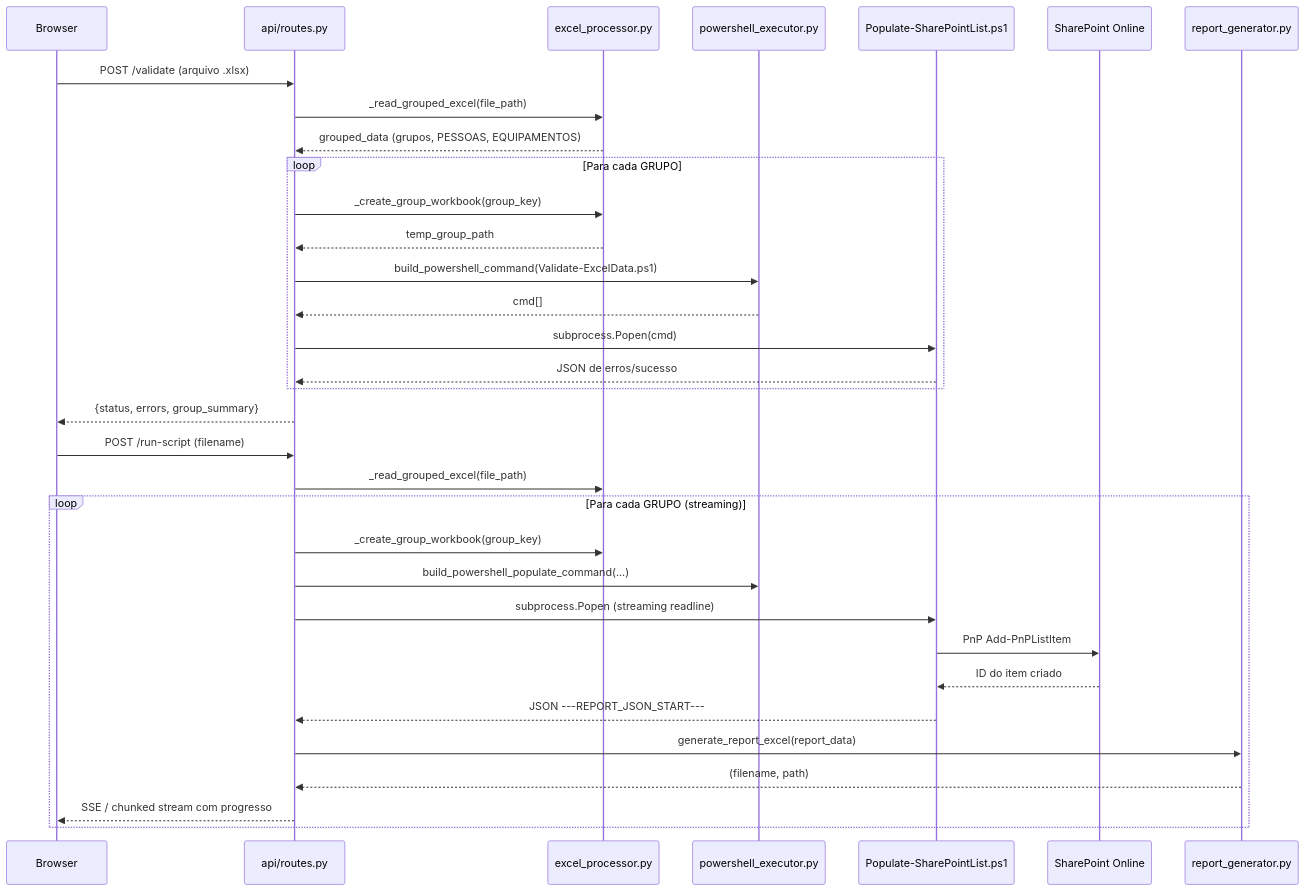
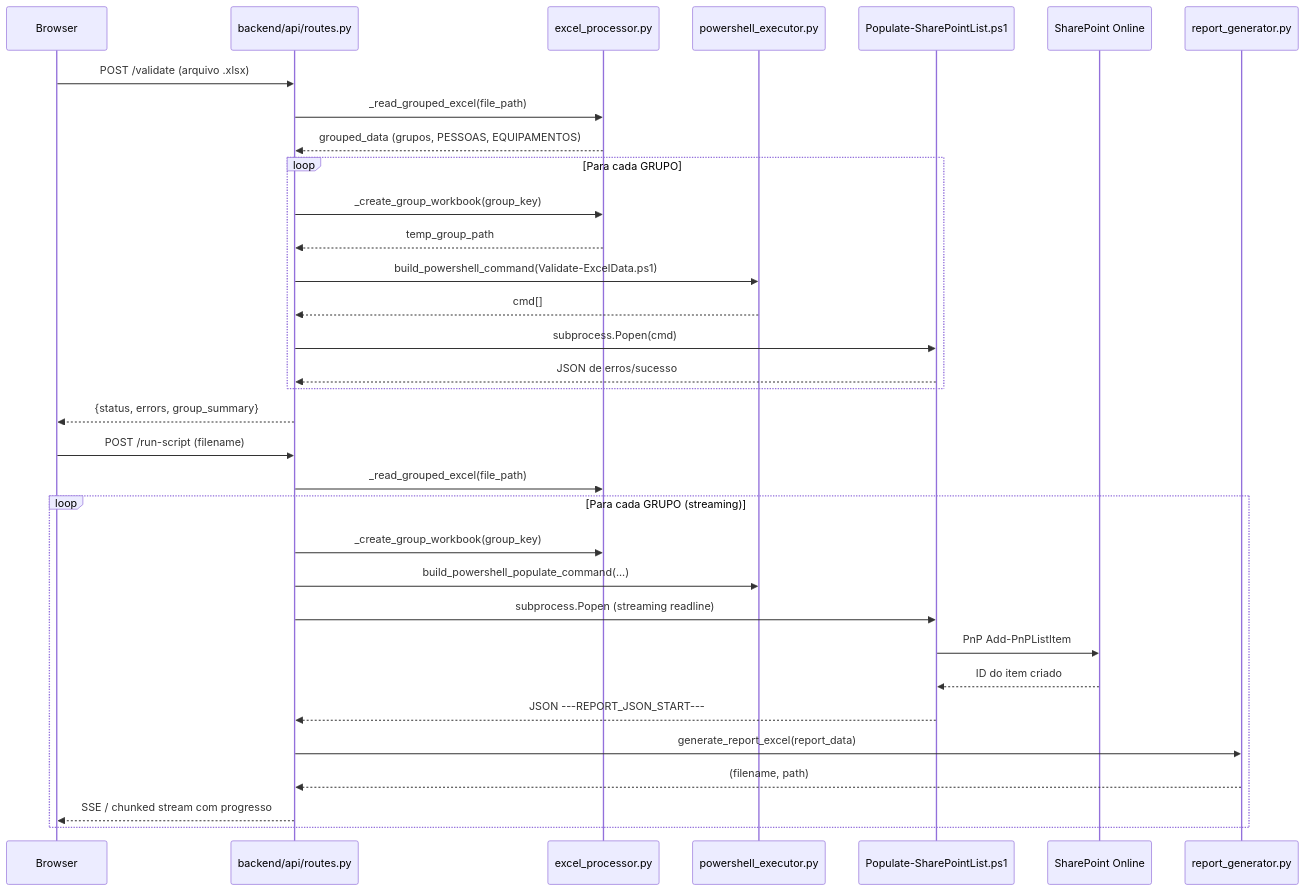
One commit to Samir-SAPSD/SolicitadorMobilizacao-BR4 changed the second of 2 diagrams in solicitador-mobilizacao-docs/docs/architecture.md. Above: the diagram before and after it, drawn with Mermaid. The commit also changed other lines of this file and 26 other files, not shown here.

````diff
--- a/solicitador-mobilizacao-docs/docs/architecture.md
+++ b/solicitador-mobilizacao-docs/docs/architecture.md
@@ -44,37 +46,37 @@
 ```mermaid
 sequenceDiagram
     participant Browser
-    participant Flask as api/routes.py
+    participant Flask as backend/api/routes.py
     participant Excel as excel_processor.py
     participant PS as powershell_executor.py
     participant Script as Populate-SharePointList.ps1
     participant SP as SharePoint Online
     participant Report as report_generator.py
 
     Browser->>Flask: POST /validate (arquivo .xlsx)
     Flask->>Excel: _read_grouped_excel(file_path)
     Excel-->>Flask: grouped_data (grupos, PESSOAS, EQUIPAMENTOS)
     loop Para cada GRUPO
         Flask->>Excel: _create_group_workbook(group_key)
         Excel-->>Flask: temp_group_path
         Flask->>PS: build_powershell_command(Validate-ExcelData.ps1)
         PS-->>Flask: cmd[]
         Flask->>Script: subprocess.Popen(cmd)
         Script-->>Flask: JSON de erros/sucesso
     end
     Flask-->>Browser: {status, errors, group_summary}
 
     Browser->>Flask: POST /run-script (filename)
     Flask->>Excel: _read_grouped_excel(file_path)
     loop Para cada GRUPO (streaming)
         Flask->>Excel: _create_group_workbook(group_key)
         Flask->>PS: build_powershell_populate_command(...)
         Flask->>Script: subprocess.Popen (streaming readline)
         Script->>SP: PnP Add-PnPListItem
         SP-->>Script: ID do item criado
         Script-->>Flask: JSON ---REPORT_JSON_START---
         Flask->>Report: generate_report_excel(report_data)
         Report-->>Flask: (filename, path)
         Flask-->>Browser: SSE / chunked stream com progresso
     end
 ```
````
